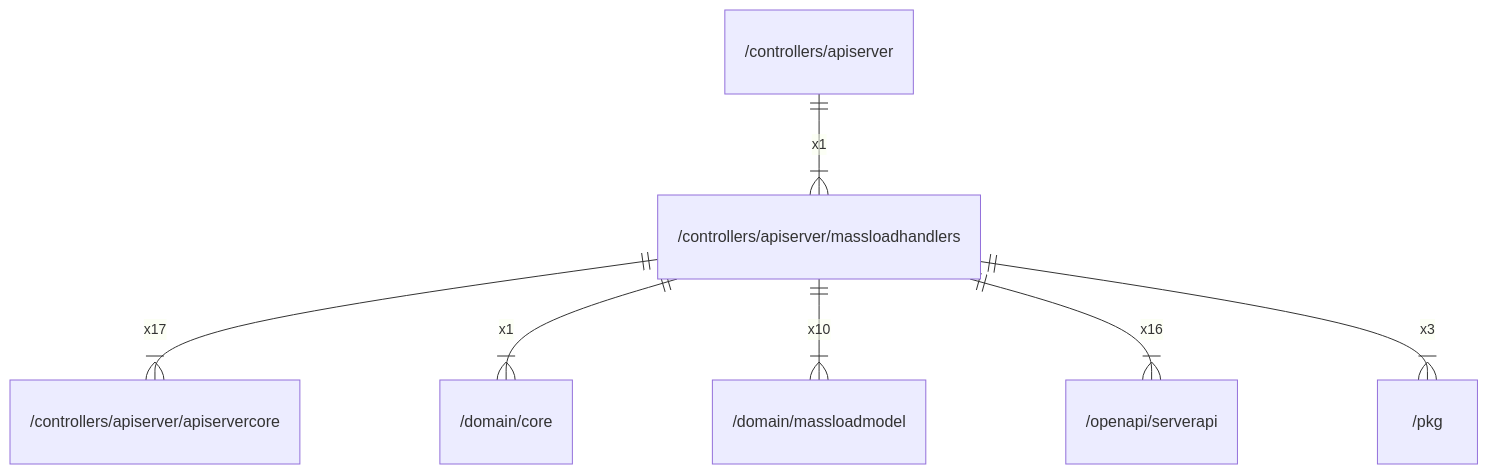
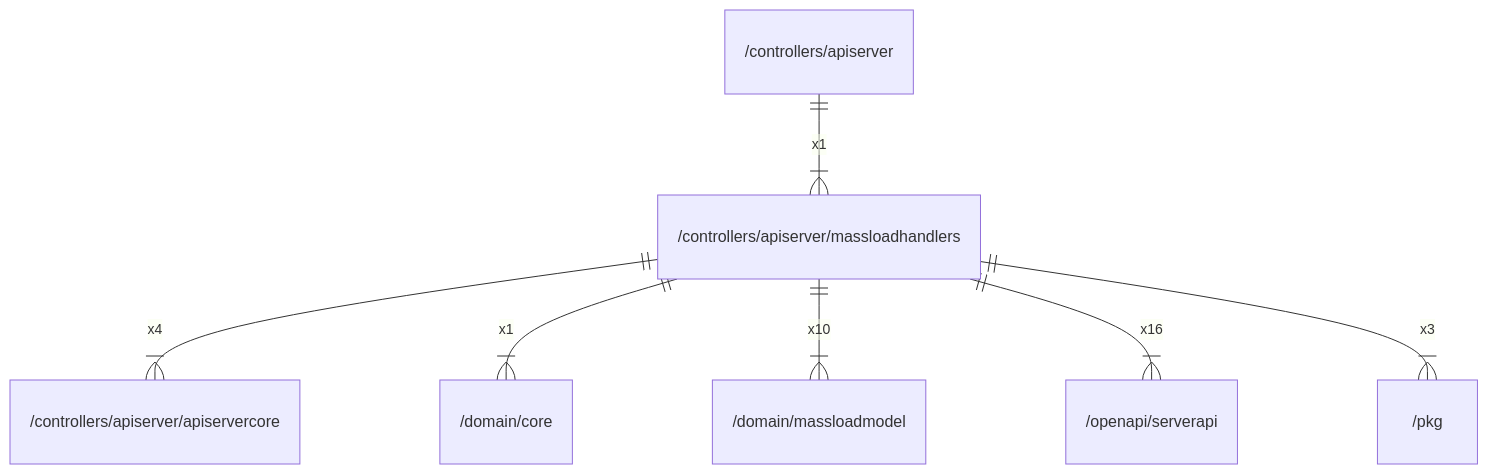
One commit to gbh007/hgraber-next changed the diagram in docs/arch/controllers/apiserver/massloadhandlers.md. Above: the diagram before and after it, drawn with Mermaid. The commit also changed other lines of this file and 98 other files, not shown here.

````diff
--- a/docs/arch/controllers/apiserver/massloadhandlers.md
+++ b/docs/arch/controllers/apiserver/massloadhandlers.md
@@ -25,9 +38,9 @@
 ```mermaid
 erDiagram
     "/controllers/apiserver" ||--|{ "/controllers/apiserver/massloadhandlers" : x1
-    "/controllers/apiserver/massloadhandlers" ||--|{ "/controllers/apiserver/apiservercore" : x17
+    "/controllers/apiserver/massloadhandlers" ||--|{ "/controllers/apiserver/apiservercore" : x4
     "/controllers/apiserver/massloadhandlers" ||--|{ "/domain/core" : x1
     "/controllers/apiserver/massloadhandlers" ||--|{ "/domain/massloadmodel" : x10
     "/controllers/apiserver/massloadhandlers" ||--|{ "/openapi/serverapi" : x16
     "/controllers/apiserver/massloadhandlers" ||--|{ "/pkg" : x3
 ```
````
